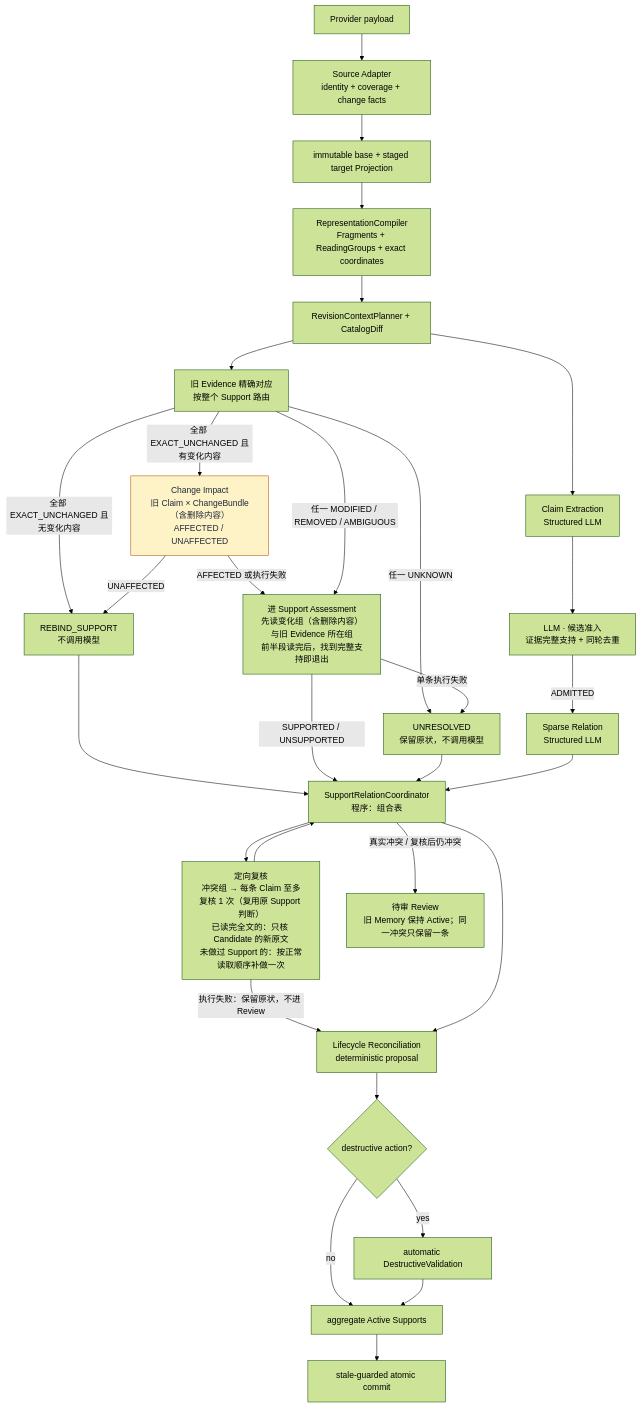
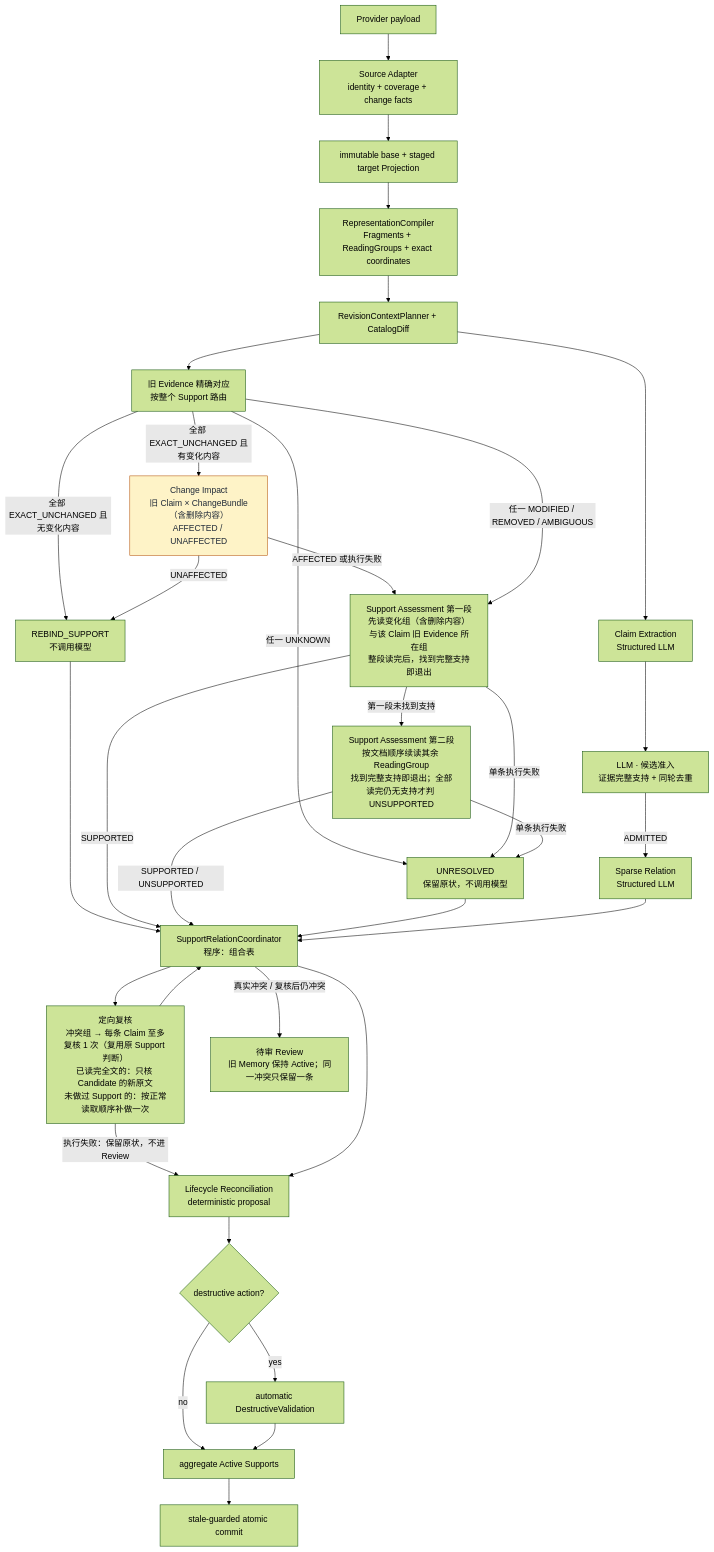
The first of 2 diagrams in docs/design/source-sync-to-memory.md (shno-labs/mem-forge), drawn with Mermaid (forest theme) before and after one commit. The commit also changed other lines of this file, not shown here.

Commit message:
docs: show Support reading order as two stages in the sync flow chart

````diff
--- a/docs/design/source-sync-to-memory.md
+++ b/docs/design/source-sync-to-memory.md
@@ -31,52 +31,57 @@
 ```mermaid
 flowchart TD
     A[Provider payload] --> B[Source Adapter
 identity + coverage + change facts]
     B --> C[immutable base + staged target Projection]
     C --> R[RepresentationCompiler
 Fragments + ReadingGroups + exact coordinates]
     R --> D[RevisionContextPlanner + CatalogDiff]
     D --> E[Claim Extraction
 Structured LLM]
     E --> G[LLM · 候选准入
 证据完整支持 + 同轮去重]
     G -->|ADMITTED| H[Sparse Relation
 Structured LLM]
     D --> P[旧 Evidence 精确对应
 按整个 Support 路由]
     P -->|全部 EXACT_UNCHANGED 且无变化内容| RB[REBIND_SUPPORT
 不调用模型]
     P -->|全部 EXACT_UNCHANGED 且有变化内容| Y[Change Impact
 旧 Claim × ChangeBundle（含删除内容）
 AFFECTED / UNAFFECTED]
     Y -->|UNAFFECTED| RB
-    Y -->|AFFECTED 或执行失败| F[进 Support Assessment
-先读变化组（含删除内容）与旧 Evidence 所在组
-前半段读完后，找到完整支持即退出]
-    P -->|任一 MODIFIED / REMOVED / AMBIGUOUS| F
+    Y -->|AFFECTED 或执行失败| F1[Support Assessment 第一段
+先读变化组（含删除内容）与该 Claim 旧 Evidence 所在组
+整段读完后，找到完整支持即退出]
+    P -->|任一 MODIFIED / REMOVED / AMBIGUOUS| F1
+    F1 -->|第一段未找到支持| F2[Support Assessment 第二段
+按文档顺序续读其余 ReadingGroup
+找到完整支持即退出；全部读完仍无支持才判 UNSUPPORTED]
     P -->|任一 UNKNOWN| U[UNRESOLVED
 保留原状，不调用模型]
-    F -->|单条执行失败| U
+    F1 -->|单条执行失败| U
+    F2 -->|单条执行失败| U
     RB --> CO[SupportRelationCoordinator
 程序：组合表]
-    F -->|SUPPORTED / UNSUPPORTED| CO
+    F1 -->|SUPPORTED| CO
+    F2 -->|SUPPORTED / UNSUPPORTED| CO
     U --> CO
     H --> CO
     CO --> RC[定向复核
 冲突组 → 每条 Claim 至多复核 1 次（复用原 Support 判断）
 已读完全文的：只核 Candidate 的新原文
 未做过 Support 的：按正常读取顺序补做一次]
     RC --> CO
     RC -->|执行失败：保留原状，不进 Review| I
     CO -->|真实冲突 / 复核后仍冲突| RV[待审 Review
 旧 Memory 保持 Active；同一冲突只保留一条]
     CO --> I[Lifecycle Reconciliation
 deterministic proposal]
     I --> J{destructive action?}
     J -- no --> L[aggregate Active Supports]
     J -- yes --> K[automatic DestructiveValidation]
     K --> L
     L --> M[stale-guarded atomic commit]
     classDef classifier fill:#fef3c7,stroke:#b45309,color:#1f2937
     class Y classifier
 ```
````
